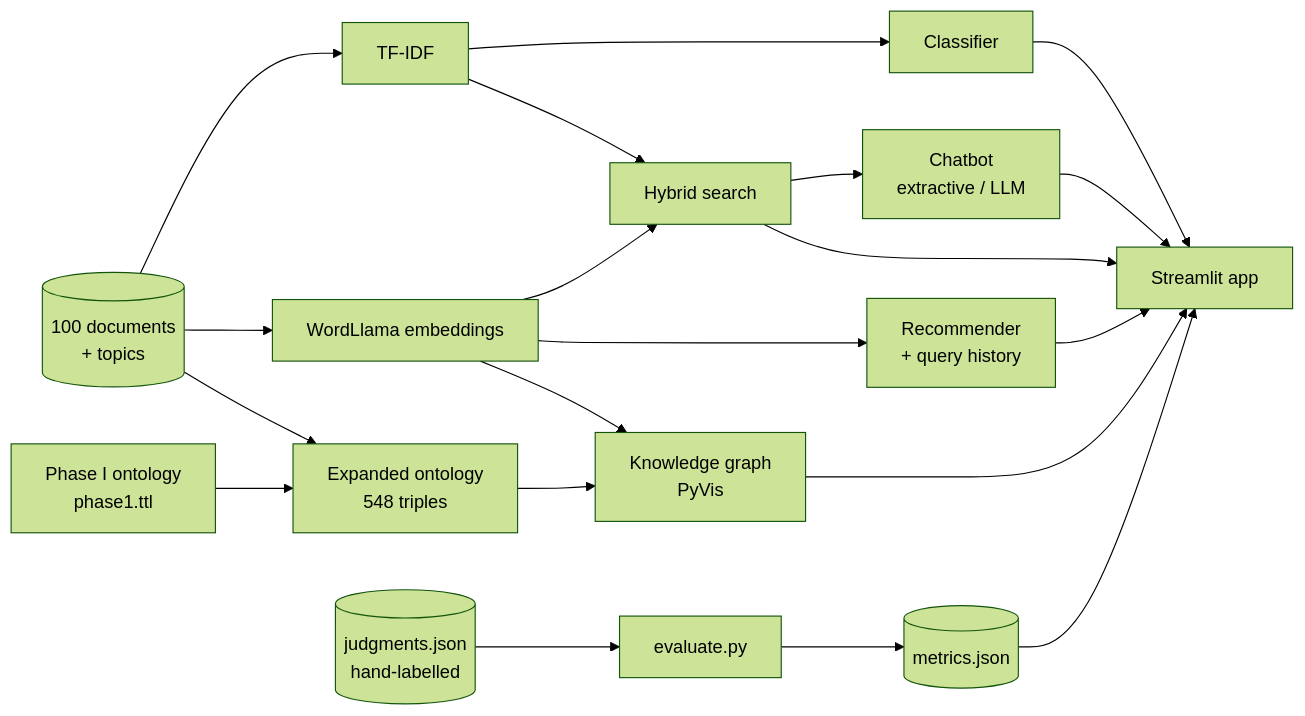
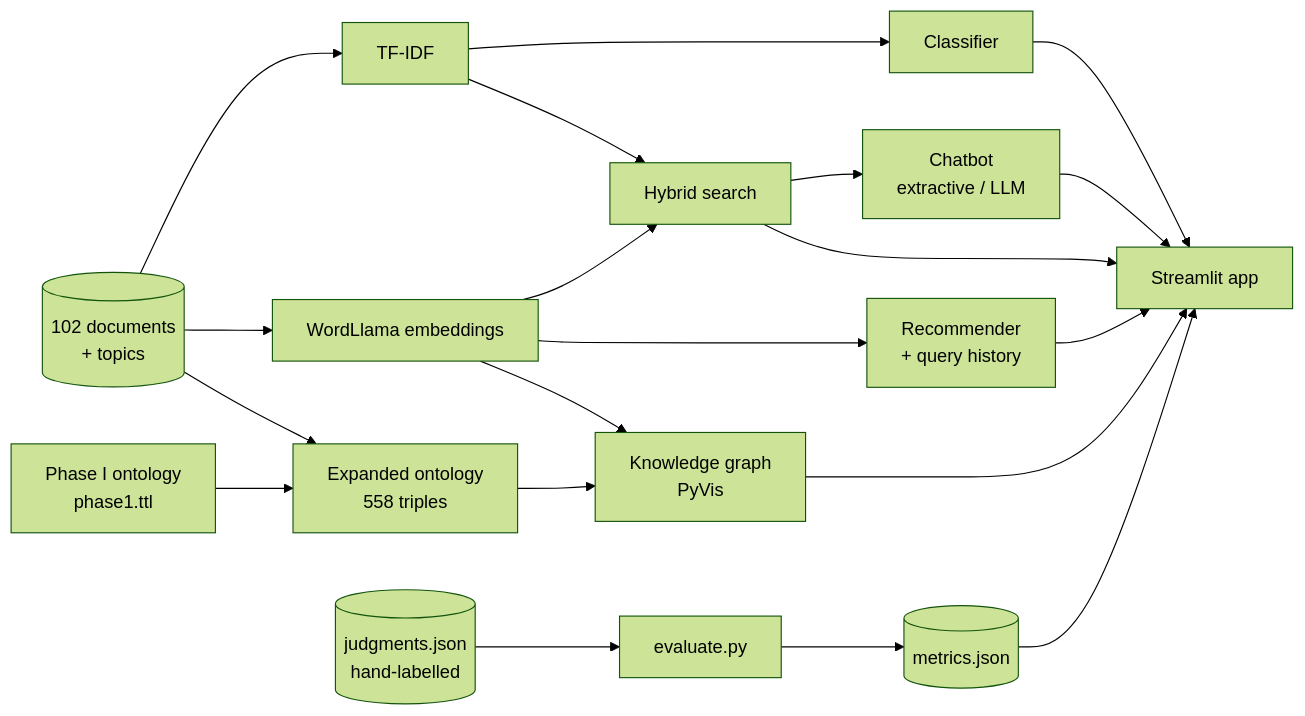
One commit to C0z1/la-nube-gestion-conocimiento changed the diagram in README.md. Above: the diagram before and after it, drawn with Mermaid (forest theme). The commit also changed other lines of this file and 6 other files, not shown here.

````diff
--- a/README.md
+++ b/README.md
@@ -26,15 +26,15 @@
 ```mermaid
 flowchart LR
-    CSV[(100 documents<br/>+ topics)] --> TF[TF-IDF]
+    CSV[(102 documents<br/>+ topics)] --> TF[TF-IDF]
     CSV --> EMB[WordLlama embeddings]
-    TTL[Phase I ontology<br/>phase1.ttl] --> ONT[Expanded ontology<br/>548 triples]
+    TTL[Phase I ontology<br/>phase1.ttl] --> ONT[Expanded ontology<br/>558 triples]
     CSV --> ONT
     TF --> CLF[Classifier]
     TF & EMB --> SRCH[Hybrid search]
     EMB --> REC[Recommender<br/>+ query history]
     SRCH --> BOT[Chatbot<br/>extractive / LLM]
     ONT --> G[Knowledge graph<br/>PyVis]
     EMB --> G
     CLF & SRCH & REC & BOT & G --> APP[Streamlit app]
     J[(judgments.json<br/>hand-labelled)] --> EV[evaluate.py] --> M[(metrics.json)] --> APP
 ```
````
